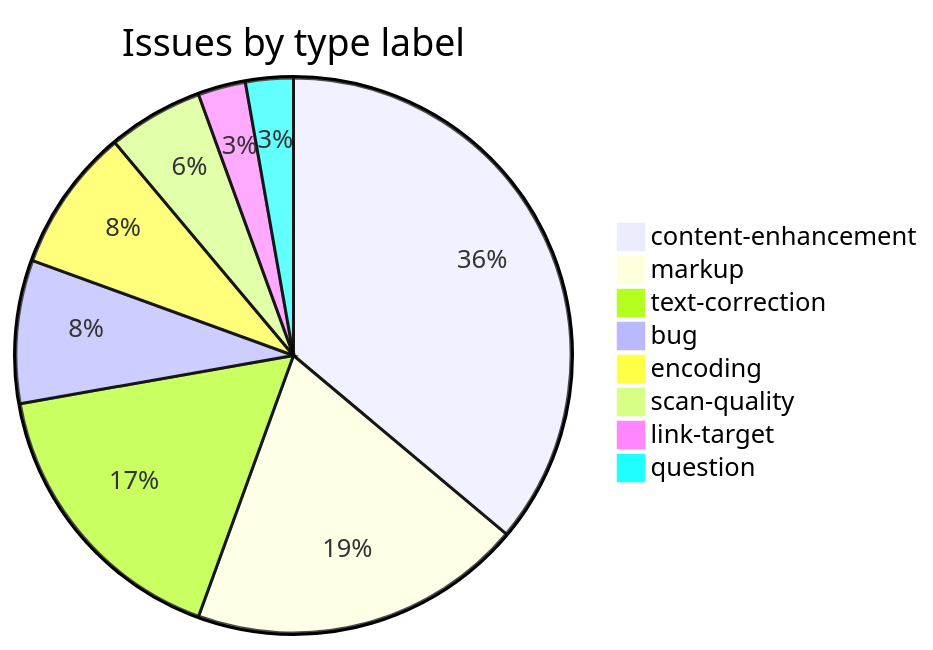
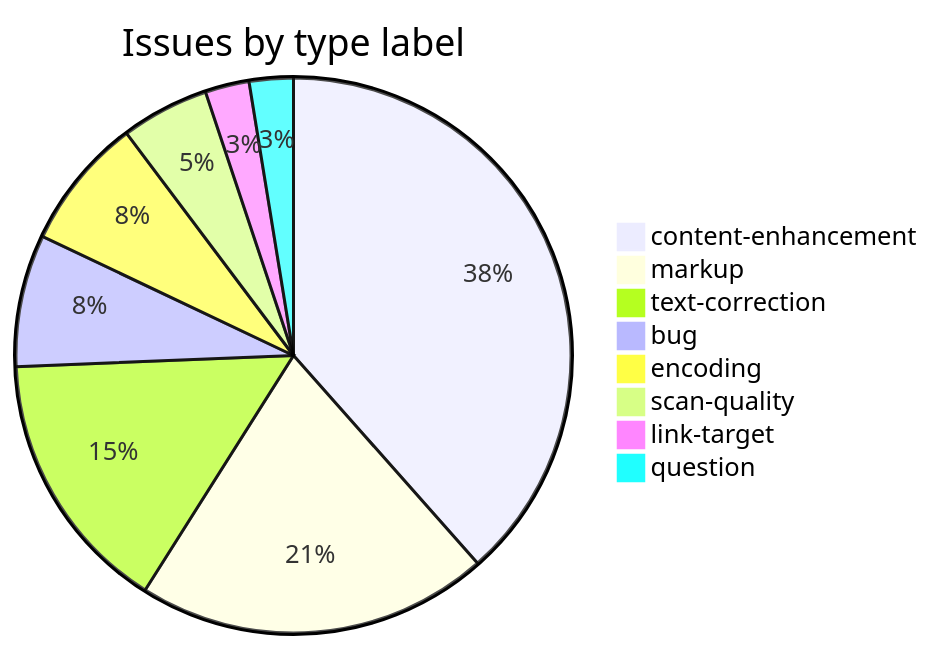
The third of 3 diagrams in README.md (sanskrit-lexicon/GRA), drawn with Mermaid before and after one commit. The commit also changed other lines of this file, not shown here.

````diff
--- a/README.md
+++ b/README.md
@@ -94,11 +99,11 @@
 ```mermaid
 pie title Issues by type label
-    "content-enhancement" : 13
-    "markup" : 7
+    "content-enhancement" : 15
+    "markup" : 8
     "text-correction" : 6
     "bug" : 3
     "encoding" : 3
     "scan-quality" : 2
     "link-target" : 1
     "question" : 1
 ```
````
